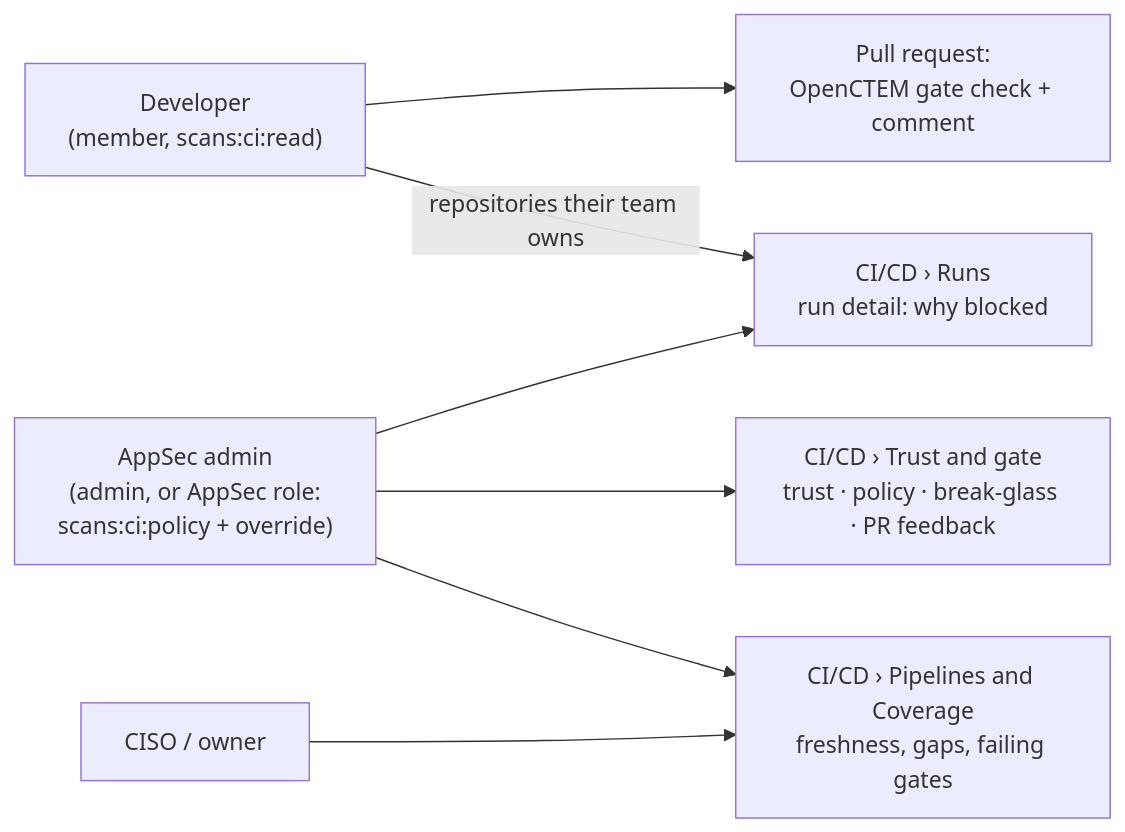
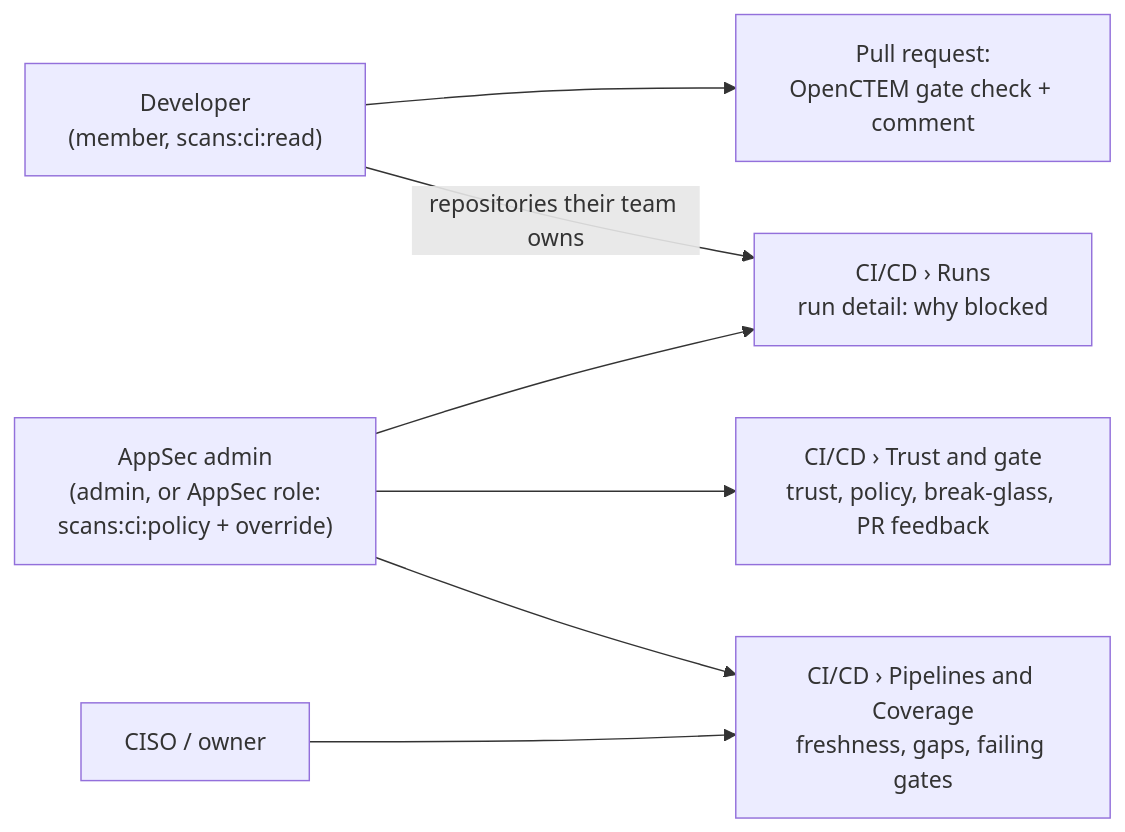
The first of 3 diagrams in scanning/ci-integration.md (openctemio/docs), drawn with Mermaid before and after one commit. The commit also changed 129 other files, not shown here.

````diff
--- a/scanning/ci-integration.md
+++ b/scanning/ci-integration.md
@@ -39,16 +39,16 @@
 ```mermaid
 flowchart LR
   dev["Developer<br/>(member, scans:ci:read)"]
   sec["AppSec admin<br/>(admin, or AppSec role:<br/>scans:ci:policy + override)"]
   ciso["CISO / owner"]
   pr["Pull request:<br/>OpenCTEM gate check + comment"]
   runs["CI/CD › Runs<br/>run detail: why blocked"]
-  setup["CI/CD › Trust and gate<br/>trust · policy · break-glass · PR feedback"]
+  setup["CI/CD › Trust and gate<br/>trust, policy, break-glass, PR feedback"]
   cov["CI/CD › Pipelines and Coverage<br/>freshness, gaps, failing gates"]
   dev --> pr
   dev -->|repositories their team owns| runs
   sec --> setup
   sec --> runs
   sec --> cov
   ciso --> cov
 ```
````
